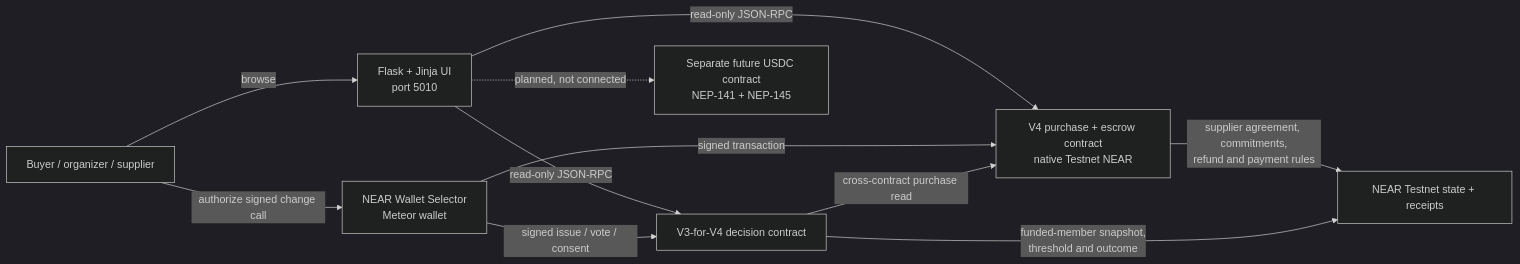
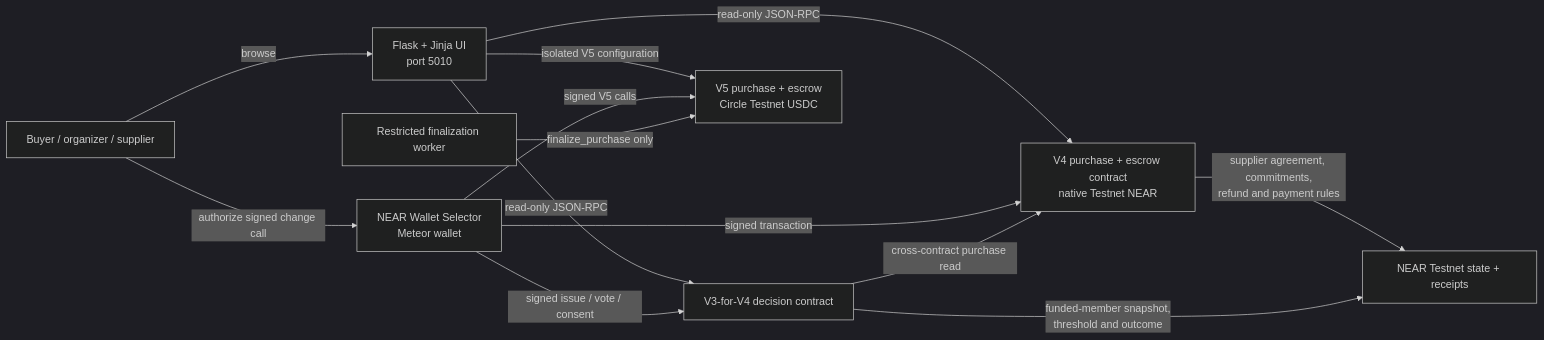
One commit to dalamaa/HarvestPool changed the diagram in docs/engineering-decisions.md. Above: the diagram before and after it, drawn with Mermaid (dark theme). The commit also changed other lines of this file and 10 other files, not shown here.

````diff
--- a/docs/engineering-decisions.md
+++ b/docs/engineering-decisions.md
@@ -309,13 +309,15 @@
 ```mermaid
 flowchart LR
     U[Buyer / organizer / supplier] -->|browse| F[Flask + Jinja UI<br/>port 5010]
     U -->|authorize signed change call| W[NEAR Wallet Selector<br/>Meteor wallet]
     F -->|read-only JSON-RPC| P[V4 purchase + escrow contract<br/>native Testnet NEAR]
     W -->|signed transaction| P
     F -->|read-only JSON-RPC| D[V3-for-V4 decision contract]
     W -->|signed issue / vote / consent| D
     D -->|cross-contract purchase read| P
     P -->|supplier agreement, commitments,<br/>refund and payment rules| N[NEAR Testnet state + receipts]
     D -->|funded-member snapshot,<br/>threshold and outcome| N
-    F -. planned, not connected .-> T[Separate future USDC contract<br/>NEP-141 + NEP-145]
+    F -->|isolated V5 configuration| T[V5 purchase + escrow<br/>Circle Testnet USDC]
+    W -->|signed V5 calls| T
+    K[Restricted finalization worker] -->|finalize_purchase only| T
 ```
````
